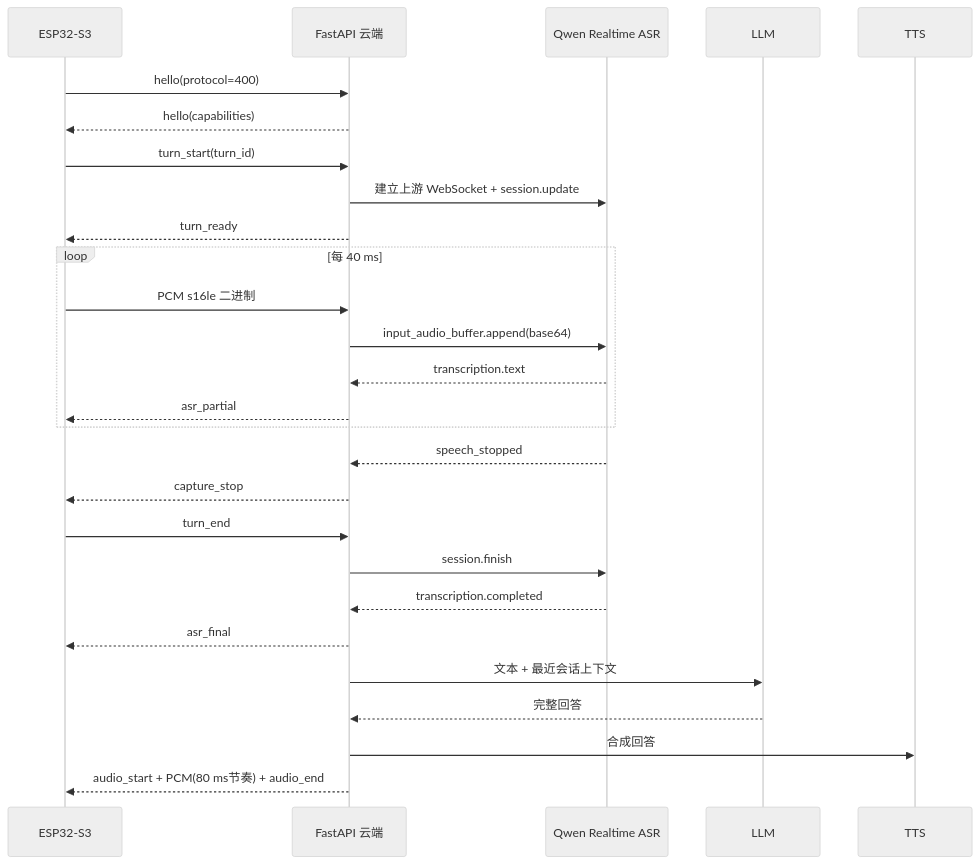
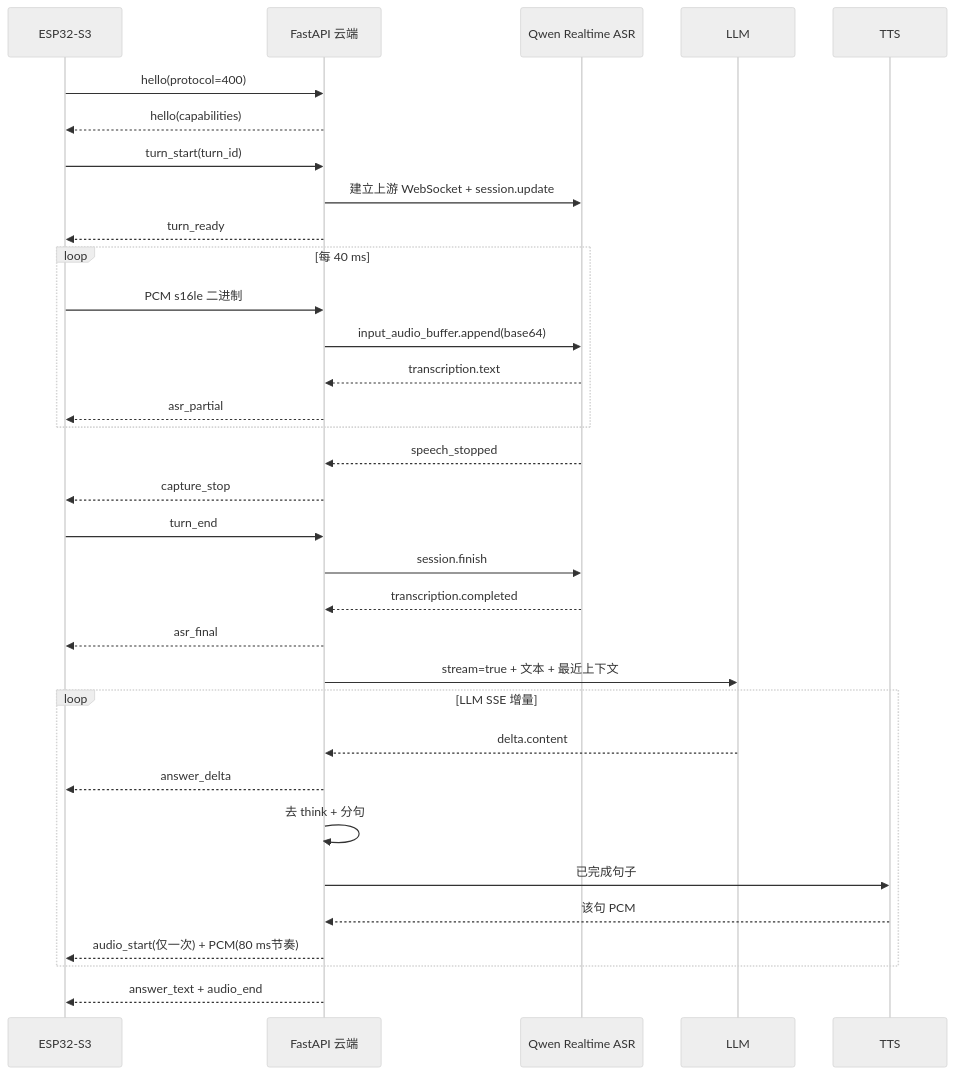
Before and after one commit to nvnmvm/esp32-s3-AIchat: the diagram in docs/README-phase-4.md, drawn with Mermaid (neutral theme). The commit also changed other lines of this file and 21 other files, not shown here.

````diff
--- a/docs/README-phase-4.md
+++ b/docs/README-phase-4.md
@@ -23,30 +29,36 @@
 ```mermaid
 sequenceDiagram
     participant E as ESP32-S3
     participant C as FastAPI 云端
     participant A as Qwen Realtime ASR
     participant L as LLM
     participant T as TTS
 
     E->>C: hello(protocol=400)
     C-->>E: hello(capabilities)
     E->>C: turn_start(turn_id)
     C->>A: 建立上游 WebSocket + session.update
     C-->>E: turn_ready
     loop 每 40 ms
         E->>C: PCM s16le 二进制
         C->>A: input_audio_buffer.append(base64)
         A-->>C: transcription.text
         C-->>E: asr_partial
     end
     A-->>C: speech_stopped
     C-->>E: capture_stop
     E->>C: turn_end
     C->>A: session.finish
     A-->>C: transcription.completed
     C-->>E: asr_final
-    C->>L: 文本 + 最近会话上下文
-    L-->>C: 完整回答
-    C->>T: 合成回答
-    C-->>E: audio_start + PCM(80 ms节奏) + audio_end
+    C->>L: stream=true + 文本 + 最近上下文
+    loop LLM SSE 增量
+        L-->>C: delta.content
+        C-->>E: answer_delta
+        C->>C: 去 think + 分句
+        C->>T: 已完成句子
+        T-->>C: 该句 PCM
+        C-->>E: audio_start(仅一次) + PCM(80 ms节奏)
+    end
+    C-->>E: answer_text + audio_end
 ```
````
